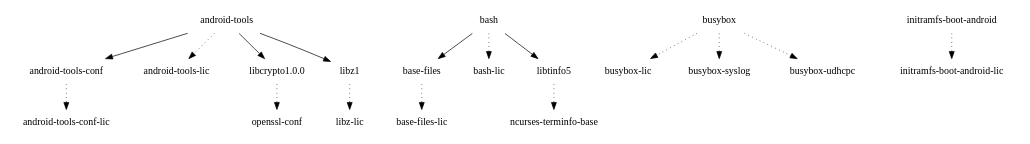
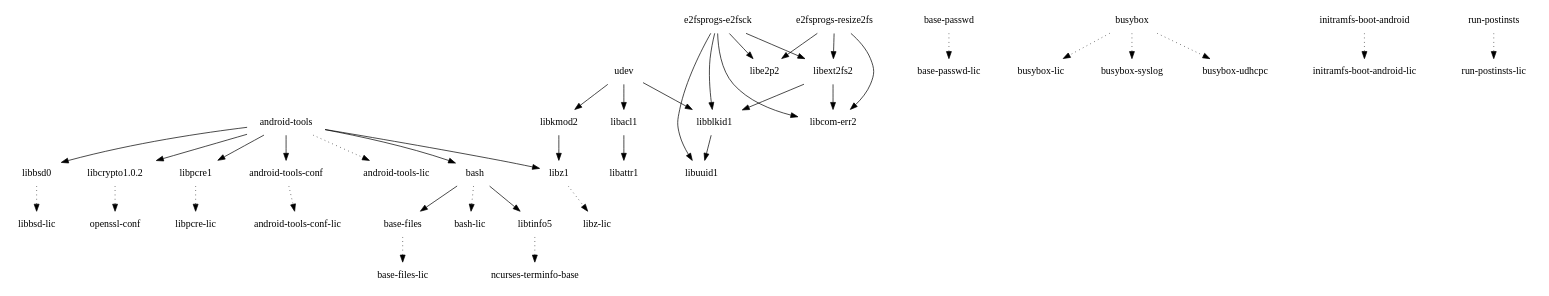
Before and after one commit to webOS-ports/buildhistory: the diagram in images/tenderloin/glibc/initramfs-android-image/depends-nokernel-nolibc-noupdate.dot, drawn with Graphviz. The commit also changed 11 other files, not shown here.

```diff
--- a/images/tenderloin/glibc/initramfs-android-image/depends-nokernel-nolibc-noupdate.dot
+++ b/images/tenderloin/glibc/initramfs-android-image/depends-nokernel-nolibc-noupdate.dot
@@ -1,19 +1,42 @@
 digraph depends {
     node [shape=plaintext]
-"android-tools" -> "android-tools-conf";
-"android-tools" -> "android-tools-lic" [style=dotted];
-"android-tools" -> "libcrypto1.0.0";
-"android-tools" -> "libz1";
-"android-tools-conf" -> "android-tools-conf-lic" [style=dotted];
-"base-files" -> "base-files-lic" [style=dotted];
-"bash" -> "base-files";
-"bash" -> "bash-lic" [style=dotted];
-"bash" -> "libtinfo5";
-"busybox" -> "busybox-lic" [style=dotted];
-"busybox" -> "busybox-syslog" [style=dotted];
-"busybox" -> "busybox-udhcpc" [style=dotted];
-"initramfs-boot-android" -> "initramfs-boot-android-lic" [style=dotted];
-"libcrypto1.0.0" -> "openssl-conf" [style=dotted];
-"libtinfo5" -> "ncurses-terminfo-base" [style=dotted];
-"libz1" -> "libz-lic" [style=dotted];
+"android-tools" -> "android-tools-conf"
+"android-tools" -> "android-tools-lic" [style=dotted]
+"android-tools" -> "bash"
+"android-tools-conf" -> "android-tools-conf-lic" [style=dotted]
+"android-tools" -> "libbsd0"
+"android-tools" -> "libcrypto1.0.2"
+"android-tools" -> "libpcre1"
+"android-tools" -> "libz1"
+"base-files" -> "base-files-lic" [style=dotted]
+"base-passwd" -> "base-passwd-lic" [style=dotted]
+"bash" -> "base-files"
+"bash" -> "bash-lic" [style=dotted]
+"bash" -> "libtinfo5"
+"busybox" -> "busybox-lic" [style=dotted]
+"busybox" -> "busybox-syslog" [style=dotted]
+"busybox" -> "busybox-udhcpc" [style=dotted]
+"e2fsprogs-e2fsck" -> "libblkid1"
+"e2fsprogs-e2fsck" -> "libcom-err2"
+"e2fsprogs-e2fsck" -> "libe2p2"
+"e2fsprogs-e2fsck" -> "libext2fs2"
+"e2fsprogs-e2fsck" -> "libuuid1"
+"e2fsprogs-resize2fs" -> "libcom-err2"
+"e2fsprogs-resize2fs" -> "libe2p2"
+"e2fsprogs-resize2fs" -> "libext2fs2"
+"initramfs-boot-android" -> "initramfs-boot-android-lic" [style=dotted]
+"libacl1" -> "libattr1"
+"libblkid1" -> "libuuid1"
+"libbsd0" -> "libbsd-lic" [style=dotted]
+"libcrypto1.0.2" -> "openssl-conf" [style=dotted]
+"libext2fs2" -> "libblkid1"
+"libext2fs2" -> "libcom-err2"
+"libkmod2" -> "libz1"
+"libpcre1" -> "libpcre-lic" [style=dotted]
+"libtinfo5" -> "ncurses-terminfo-base" [style=dotted]
+"libz1" -> "libz-lic" [style=dotted]
+"run-postinsts" -> "run-postinsts-lic" [style=dotted]
+"udev" -> "libacl1"
+"udev" -> "libblkid1"
+"udev" -> "libkmod2"
 }
```
